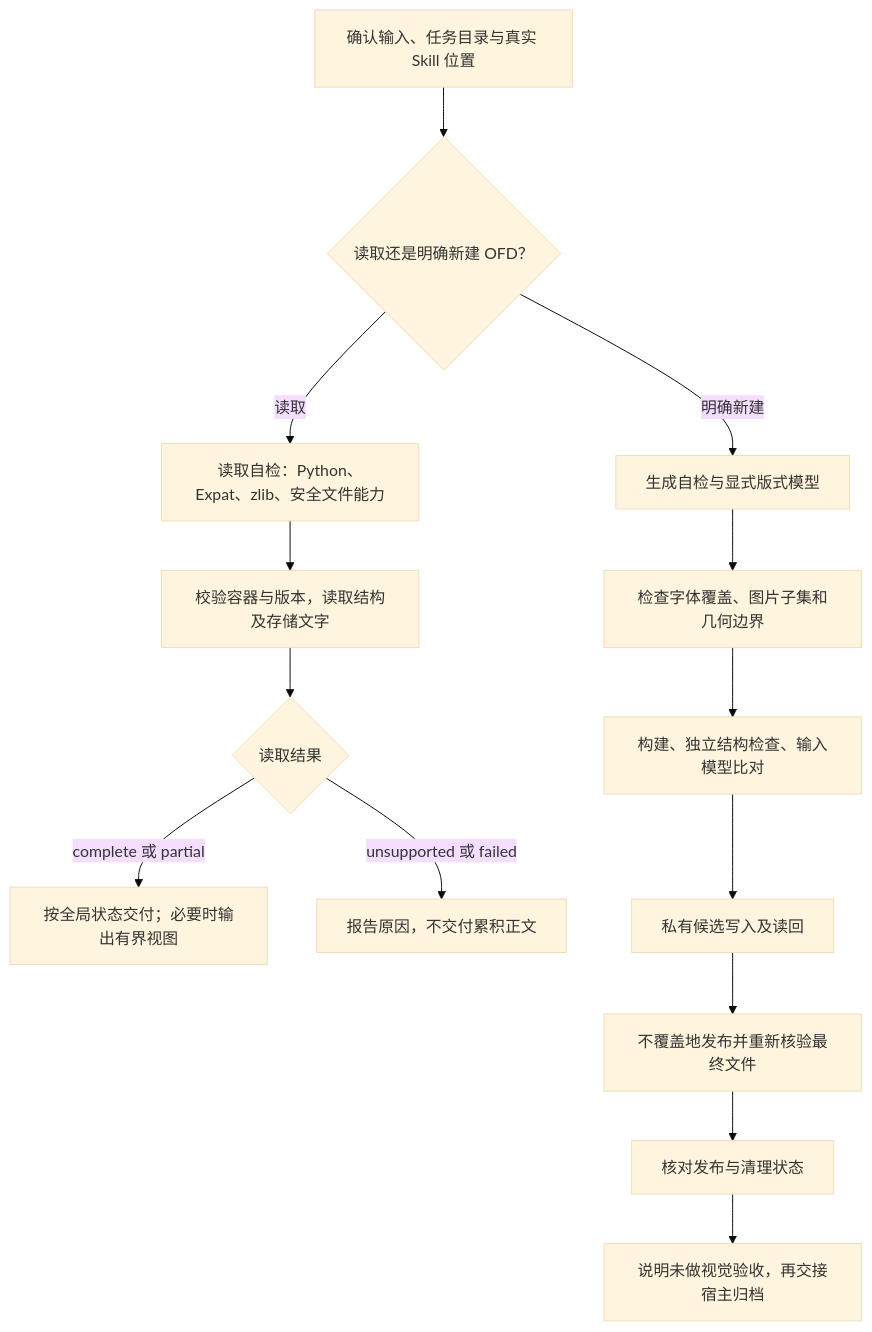
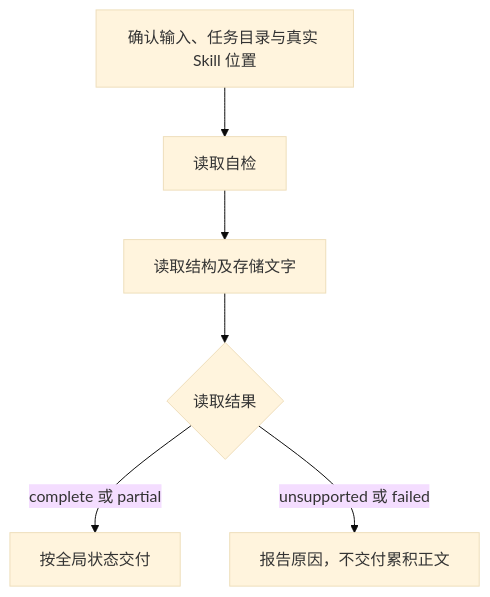
The second of 2 diagrams in docs/skills/ofd.md (JohnParken/PSL-SKILLS), drawn with Mermaid (base theme) before and after one commit. The commit also changed other lines of this file and 16 other files, not shown here.

````diff
--- a/docs/skills/ofd.md
+++ b/docs/skills/ofd.md
@@ -62,16 +49,8 @@
 ```mermaid
 flowchart TD
-    A["确认输入、任务目录与真实 Skill 位置"] --> B{"读取还是明确新建 OFD？"}
-    B -->|"读取"| C["读取自检：Python、Expat、zlib、安全文件能力"]
-    C --> D["校验容器与版本，读取结构及存储文字"]
+    A["确认输入、任务目录与真实 Skill 位置"] --> C["读取自检"]
+    C --> D["读取结构及存储文字"]
     D --> E{"读取结果"}
-    E -->|"complete 或 partial"| F["按全局状态交付；必要时输出有界视图"]
+    E -->|"complete 或 partial"| F["按全局状态交付"]
     E -->|"unsupported 或 failed"| G["报告原因，不交付累积正文"]
-    B -->|"明确新建"| H["生成自检与显式版式模型"]
-    H --> I["检查字体覆盖、图片子集和几何边界"]
-    I --> J["构建、独立结构检查、输入模型比对"]
-    J --> K["私有候选写入及读回"]
-    K --> L["不覆盖地发布并重新核验最终文件"]
-    L --> M["核对发布与清理状态"]
-    M --> N["说明未做视觉验收，再交接宿主归档"]
 ```
````
